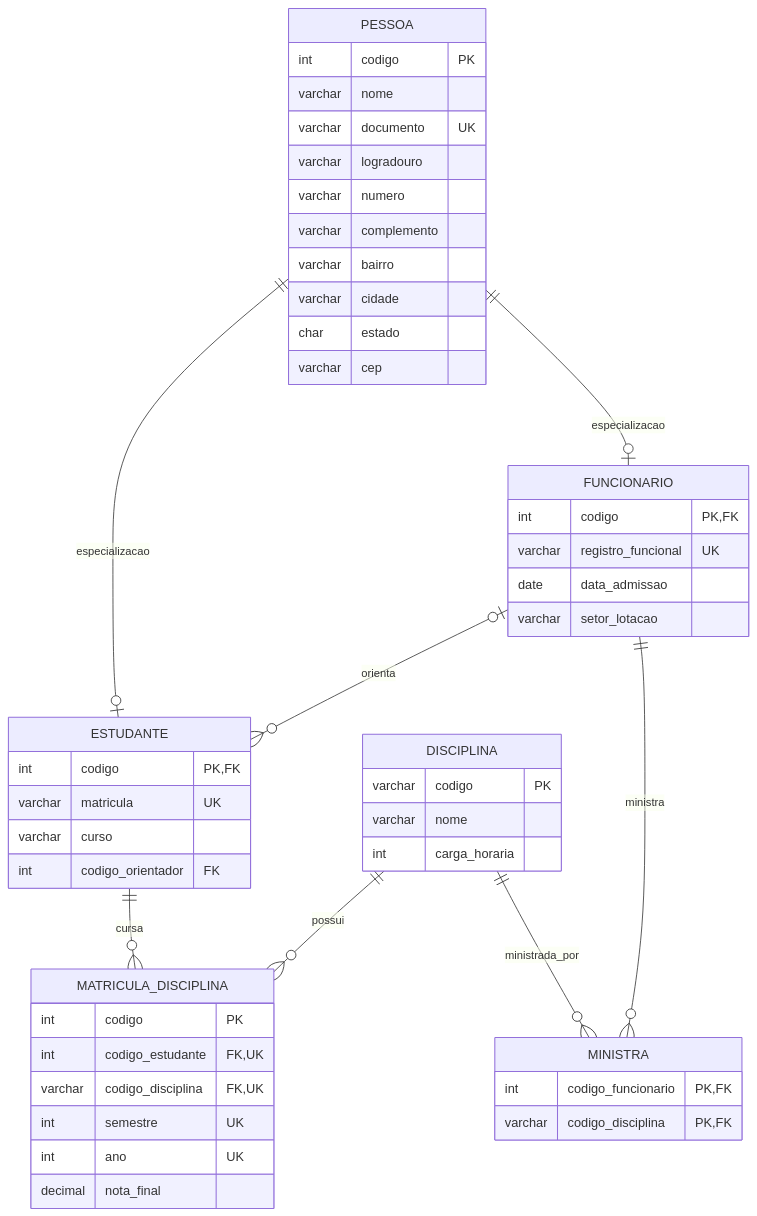
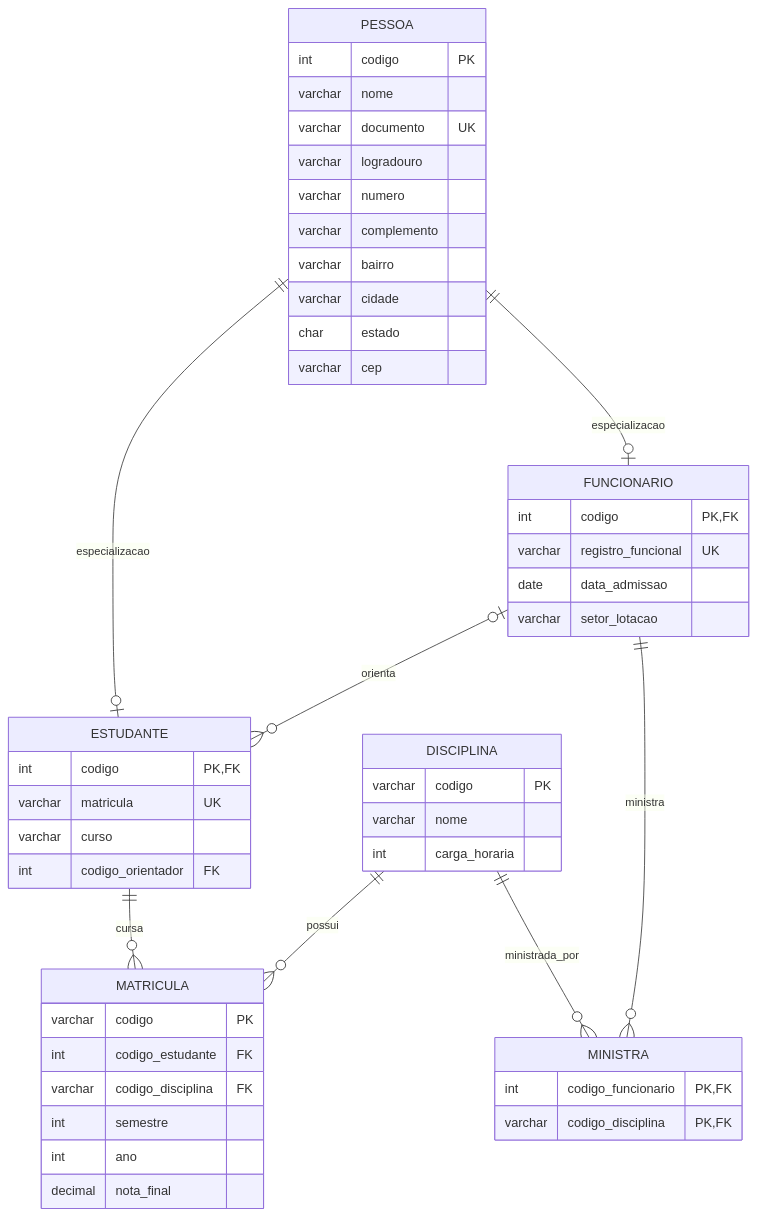
One commit to profAndreSouza/Material changed the diagram in Banco de Dados I/listas/Lista_02_Ex_03.md. Above: the diagram before and after it, drawn with Mermaid. The commit also changed other lines of this file, not shown here.

````diff
--- a/Banco de Dados I/listas/Lista_02_Ex_03.md
+++ b/Banco de Dados I/listas/Lista_02_Ex_03.md
@@ -10,60 +10,60 @@
 ```mermaid
 erDiagram
     PESSOA {
         int codigo PK
         varchar nome
         varchar documento UK
         varchar logradouro
         varchar numero
         varchar complemento
         varchar bairro
         varchar cidade
         char estado
         varchar cep
     }
 
     ESTUDANTE {
         int codigo PK,FK
         varchar matricula UK
         varchar curso
         int codigo_orientador FK
     }
 
     FUNCIONARIO {
         int codigo PK,FK
         varchar registro_funcional UK
         date data_admissao
         varchar setor_lotacao
     }
 
     DISCIPLINA {
         varchar codigo PK
         varchar nome
         int carga_horaria
     }
 
-    MATRICULA_DISCIPLINA {
-        int codigo PK
-        int codigo_estudante FK,UK
-        varchar codigo_disciplina FK,UK
-        int semestre UK
-        int ano UK
+    MATRICULA {
+        varchar codigo PK
+        int codigo_estudante FK
+        varchar codigo_disciplina FK
+        int semestre
+        int ano
         decimal nota_final
     }
 
     MINISTRA {
         int codigo_funcionario PK,FK
         varchar codigo_disciplina PK,FK
     }
 
     PESSOA ||--o| ESTUDANTE : "especializacao"
     PESSOA ||--o| FUNCIONARIO : "especializacao"
 
     FUNCIONARIO o|--o{ ESTUDANTE : "orienta"
 
-    ESTUDANTE ||--o{ MATRICULA_DISCIPLINA : "cursa"
-    DISCIPLINA ||--o{ MATRICULA_DISCIPLINA : "possui"
+    ESTUDANTE ||--o{ MATRICULA : "cursa"
+    DISCIPLINA ||--o{ MATRICULA : "possui"
 
     FUNCIONARIO ||--o{ MINISTRA : "ministra"
     DISCIPLINA ||--o{ MINISTRA : "ministrada_por"
 ```
````
